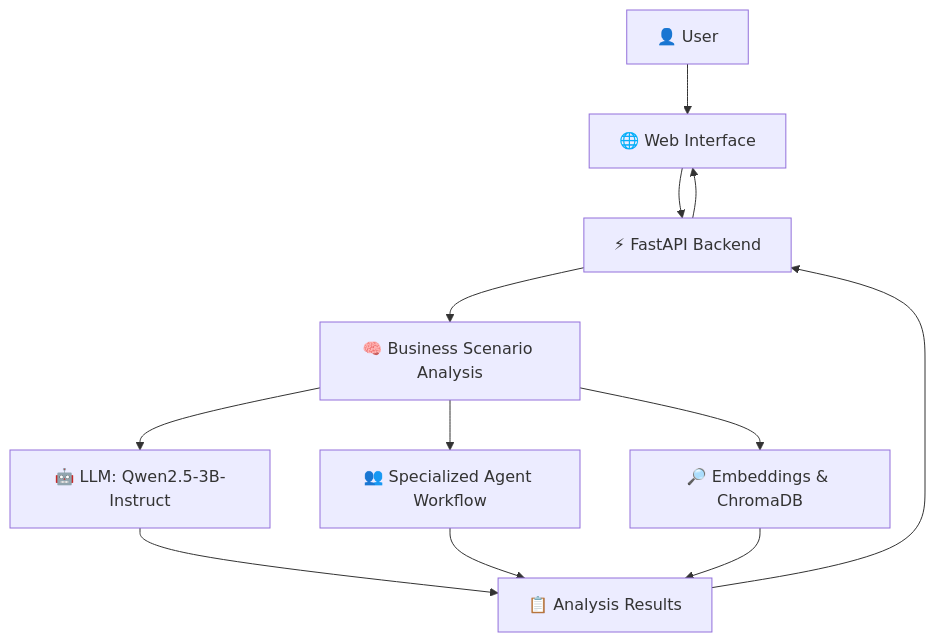
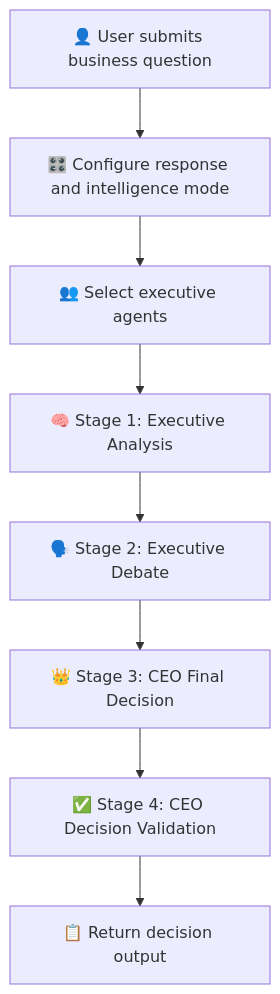
The first of 2 diagrams in README.md (krushnakodgirwar/AI-Boardroom), drawn with Mermaid before and after one commit. The commit also changed other lines of this file, not shown here.

````diff
--- a/README.md
+++ b/README.md
@@ -109,14 +311,10 @@
 ```mermaid
 flowchart TD
-    A["👤 User"] --> B["🌐 Web Interface"]
-    B --> C["⚡ FastAPI Backend"]
-    C --> D["🧠 Business Scenario Analysis"]
-    D --> E["🤖 LLM: Qwen2.5-3B-Instruct"]
-    D --> F["👥 Specialized Agent Workflow"]
-    D --> G["🔎 Embeddings & ChromaDB"]
-    E --> H["📋 Analysis Results"]
-    F --> H
-    G --> H
-    H --> C
-    C --> B
+    A["👤 User submits business question"] --> B["🎛️ Configure response and intelligence mode"]
+    B --> C["👥 Select executive agents"]
+    C --> D["🧠 Stage 1: Executive Analysis"]
+    D --> E["🗣️ Stage 2: Executive Debate"]
+    E --> F["👑 Stage 3: CEO Final Decision"]
+    F --> G["✅ Stage 4: CEO Decision Validation"]
+    G --> H["📋 Return decision output"]
 ```
````
